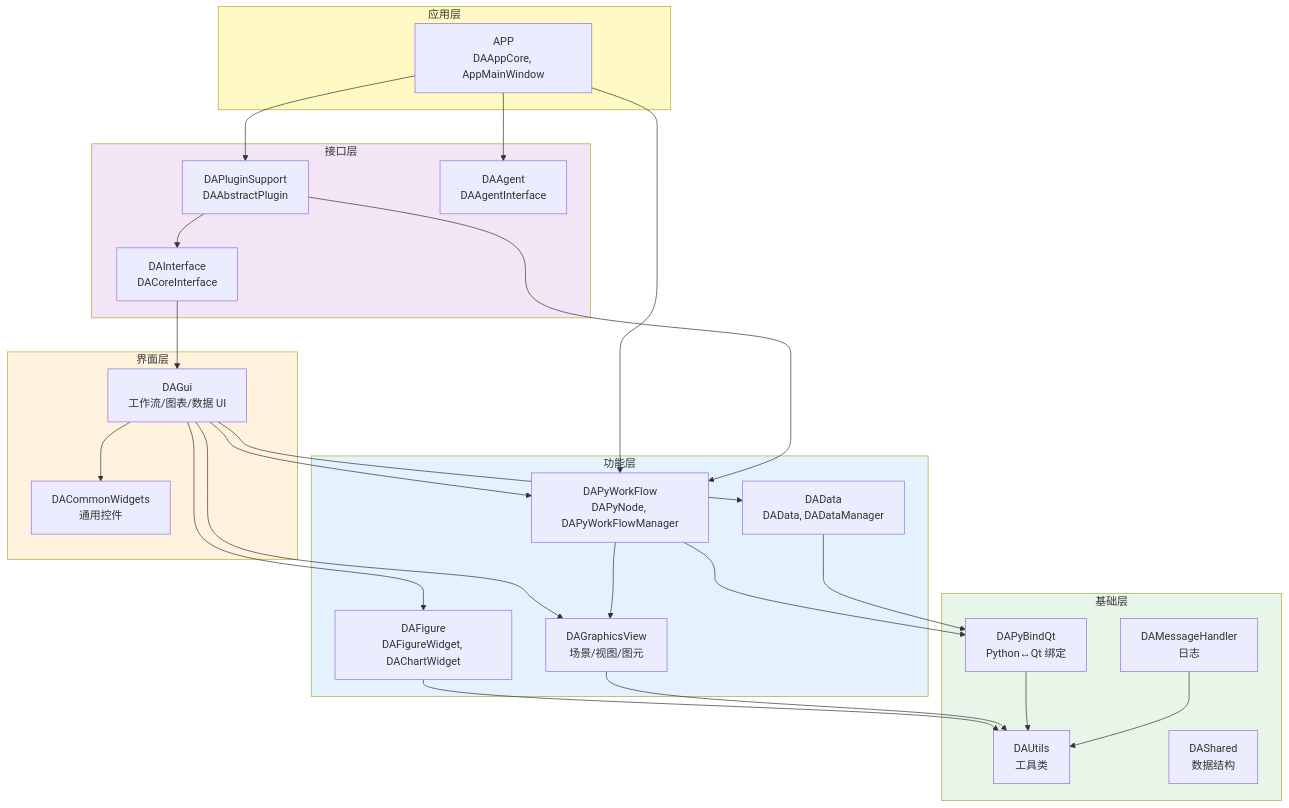
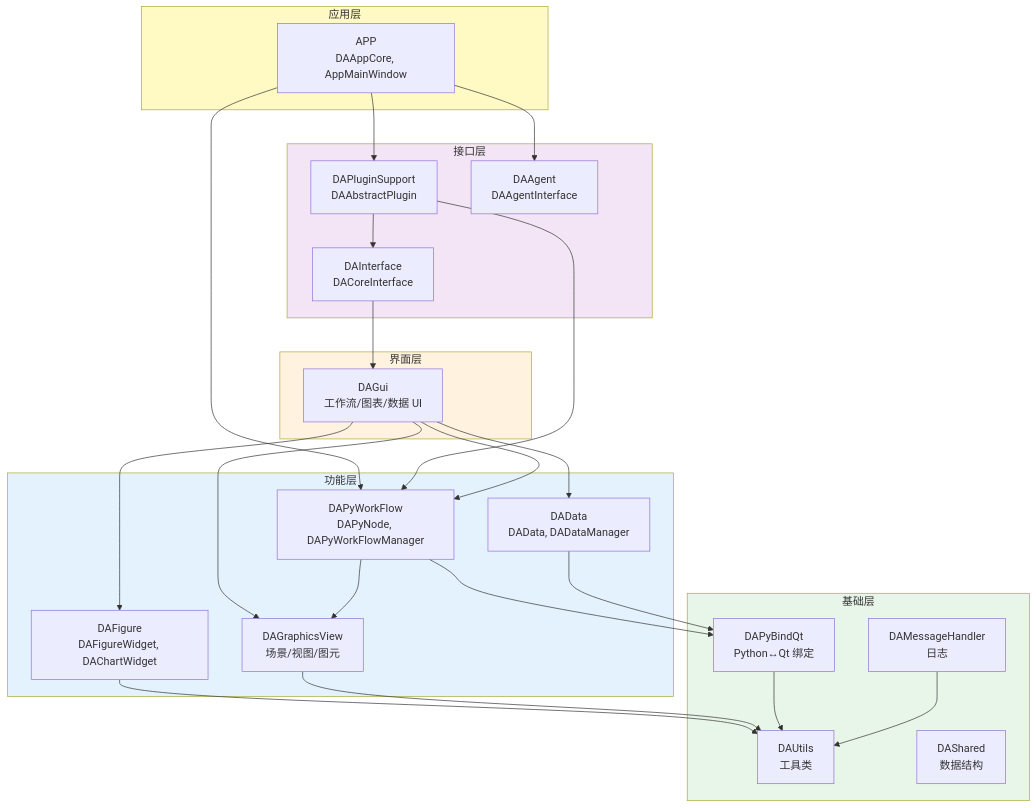
Before and after one commit to czyt1988/data-workbench: the first of 2 diagrams in docs/zh/reference/api-reference/overview.md, drawn with Mermaid. The commit also changed 11 other files, not shown here.

First line of the commit message:
docs(i18n): 补录新控件文案并清理 DACommonWidgets 文档漂移

````diff
--- a/docs/zh/reference/api-reference/overview.md
+++ b/docs/zh/reference/api-reference/overview.md
@@ -9,52 +9,50 @@
 ```mermaid
 graph TD
     subgraph L5["应用层"]
         APP["APP<br/>DAAppCore, AppMainWindow"]
     end
     subgraph L4["接口层"]
         DAI["DAInterface<br/>DACoreInterface"]
         DAPS["DAPluginSupport<br/>DAAbstractPlugin"]
         DAAG["DAAgent<br/>DAAgentInterface"]
     end
     subgraph L3["界面层"]
         DAGui["DAGui<br/>工作流/图表/数据 UI"]
-        DACW["DACommonWidgets<br/>通用控件"]
     end
     subgraph L2["功能层"]
         DAPW["DAPyWorkFlow<br/>DAPyNode, DAPyWorkFlowManager"]
         DAD["DAData<br/>DAData, DADataManager"]
         DAF["DAFigure<br/>DAFigureWidget, DAChartWidget"]
         DAGV["DAGraphicsView<br/>场景/视图/图元"]
     end
     subgraph L1["基础层"]
         DAU["DAUtils<br/>工具类"]
         DAPBQ["DAPyBindQt<br/>Python↔Qt 绑定"]
         DAMH["DAMessageHandler<br/>日志"]
         DAS["DAShared<br/>数据结构"]
     end
 
     APP --> DAPS
     APP --> DAPW
     APP --> DAAG
     DAPS --> DAI
     DAPS --> DAPW
     DAI --> DAGui
     DAGui --> DAPW
     DAGui --> DAD
     DAGui --> DAF
     DAGui --> DAGV
-    DAGui --> DACW
     DAPW --> DAGV
     DAPW --> DAPBQ
     DAD --> DAPBQ
     DAF --> DAU
     DAGV --> DAU
     DAPBQ --> DAU
     DAMH --> DAU
 
     style L5 fill:#fff9c4
     style L4 fill:#f3e5f5
     style L3 fill:#fff3e0
     style L2 fill:#e3f2fd
     style L1 fill:#e8f5e9
 ```
````
